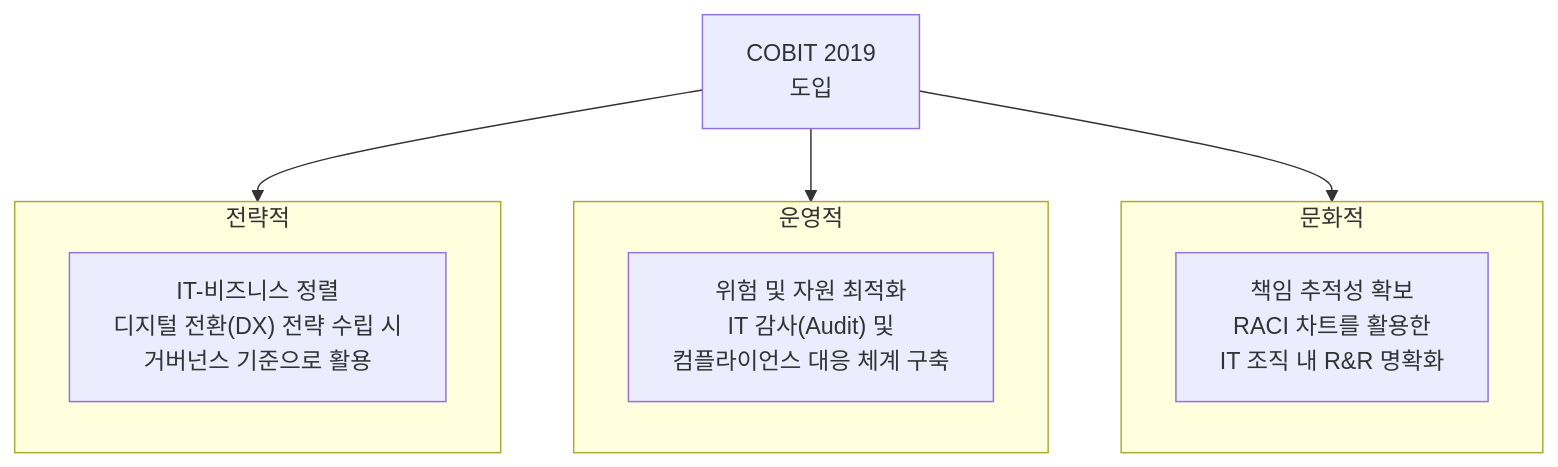
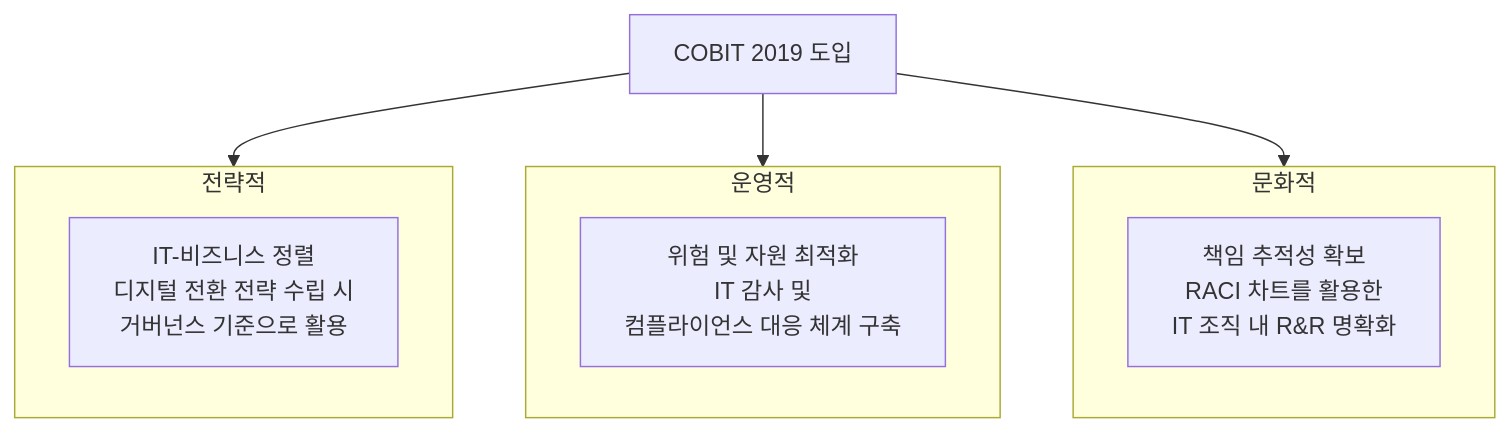
Before and after one commit to jeonck/fw-thinking: the fifth of 5 diagrams in docs/01-it-governance/cobit-2019.md, drawn with Mermaid. The commit also changed other lines of this file, not shown here.

First line of the commit message:
COBIT 2019 Mermaid 다이어그램 렌더링 수정

````diff
--- a/docs/01-it-governance/cobit-2019.md
+++ b/docs/01-it-governance/cobit-2019.md
@@ -110,14 +110,18 @@
 ```mermaid
 flowchart TD
+    COBIT["COBIT 2019 도입"]
+
     subgraph STR["전략적"]
-        S1["IT-비즈니스 정렬\n디지털 전환(DX) 전략 수립 시\n거버넌스 기준으로 활용"]
+        S1["IT-비즈니스 정렬<br/>디지털 전환 전략 수립 시<br/>거버넌스 기준으로 활용"]
     end
     subgraph OPS["운영적"]
-        O1["위험 및 자원 최적화\nIT 감사(Audit) 및\n컴플라이언스 대응 체계 구축"]
+        O1["위험 및 자원 최적화<br/>IT 감사 및<br/>컴플라이언스 대응 체계 구축"]
     end
     subgraph CUL["문화적"]
-        C1["책임 추적성 확보\nRACI 차트를 활용한\nIT 조직 내 R&R 명확화"]
+        C1["책임 추적성 확보<br/>RACI 차트를 활용한<br/>IT 조직 내 R&R 명확화"]
     end
 
-    COBIT["COBIT 2019\n도입"] --> STR & OPS & CUL
+    COBIT --> STR
+    COBIT --> OPS
+    COBIT --> CUL
 ```
````
